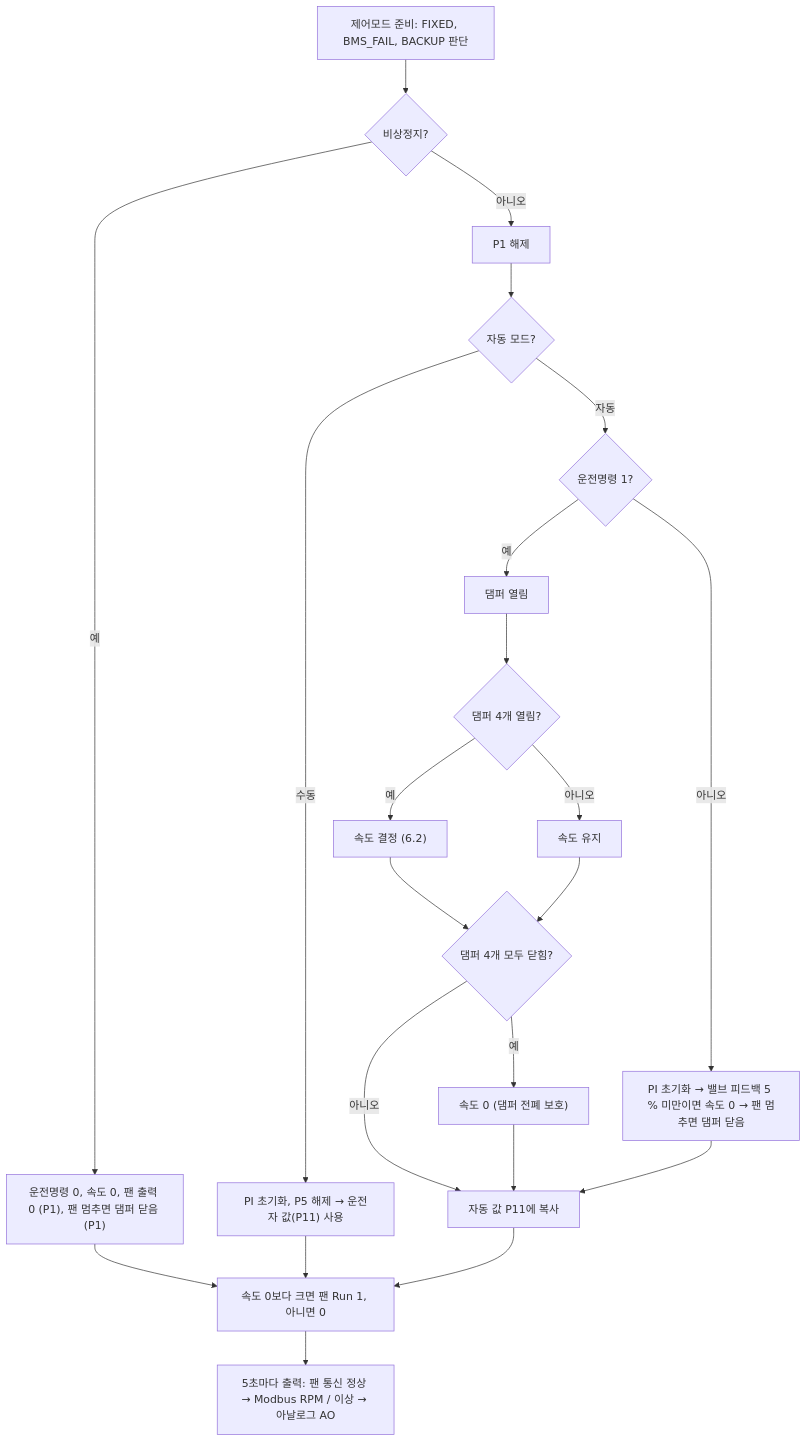
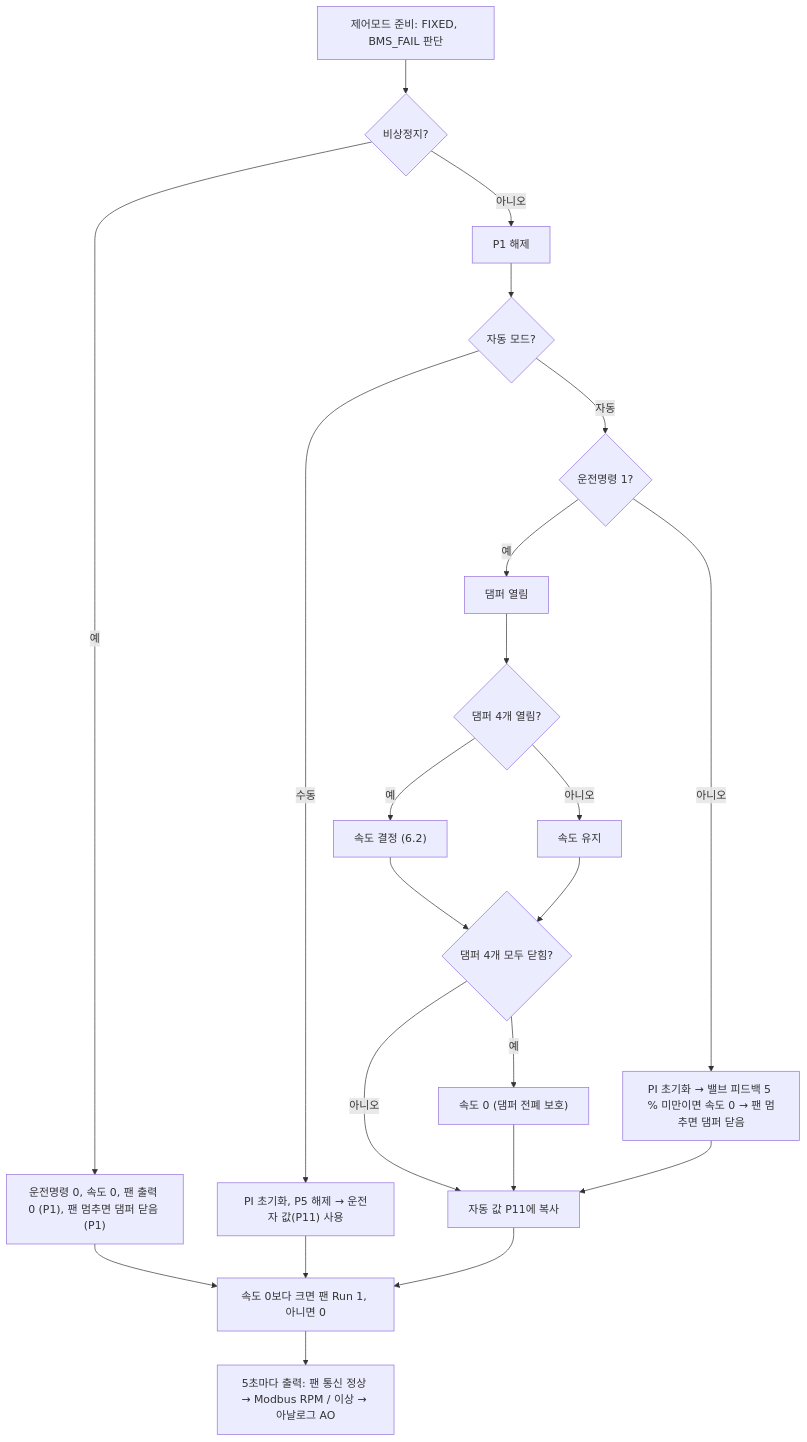
One commit to joo001121-create/FWU-logic changed the fifth of 12 diagrams in FWU_Logic_초보자_설명서.md. Above: the diagram before and after it, drawn with Mermaid. The commit also changed other lines of this file and 7 other files, not shown here.

````diff
--- a/FWU_Logic_초보자_설명서.md
+++ b/FWU_Logic_초보자_설명서.md
@@ -245,20 +246,20 @@
 ```mermaid
 flowchart TD
-    A["제어모드 준비: FIXED, BMS_FAIL, BACKUP 판단"] --> B{"비상정지?"}
+    A["제어모드 준비: FIXED, BMS_FAIL 판단"] --> B{"비상정지?"}
     B -->|"예"| E1["운전명령 0, 속도 0, 팬 출력 0 (P1), 팬 멈추면 댐퍼 닫음 (P1)"]
     B -->|"아니오"| R1["P1 해제"]
     R1 --> M{"자동 모드?"}
     M -->|"수동"| MAN["PI 초기화, P5 해제 → 운전자 값(P11) 사용"]
     M -->|"자동"| C{"운전명령 1?"}
     C -->|"예"| O["댐퍼 열림"] --> AO{"댐퍼 4개 열림?"}
     AO -->|"예"| SPD["속도 결정 (6.2)"]
     AO -->|"아니오"| W["속도 유지"]
     SPD --> CL{"댐퍼 4개 모두 닫힘?"}
     W --> CL
     CL -->|"예"| Z["속도 0 (댐퍼 전폐 보호)"]
     C -->|"아니오"| S["PI 초기화 → 밸브 피드백 5 % 미만이면 속도 0 → 팬 멈추면 댐퍼 닫음"]
     CL -->|"아니오"| P11["자동 값 P11에 복사"]
     Z & S --> P11
     E1 & MAN & P11 --> RUN["속도 0보다 크면 팬 Run 1, 아니면 0"]
     RUN --> OUT["5초마다 출력: 팬 통신 정상 → Modbus RPM / 이상 → 아날로그 AO"]
 ```
````
